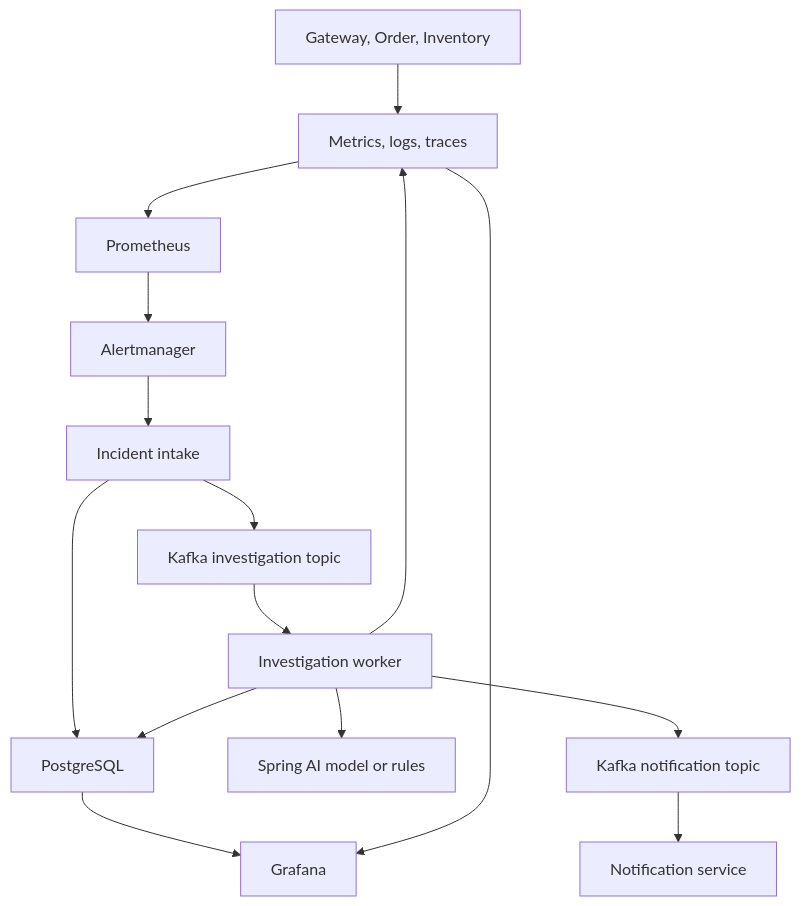
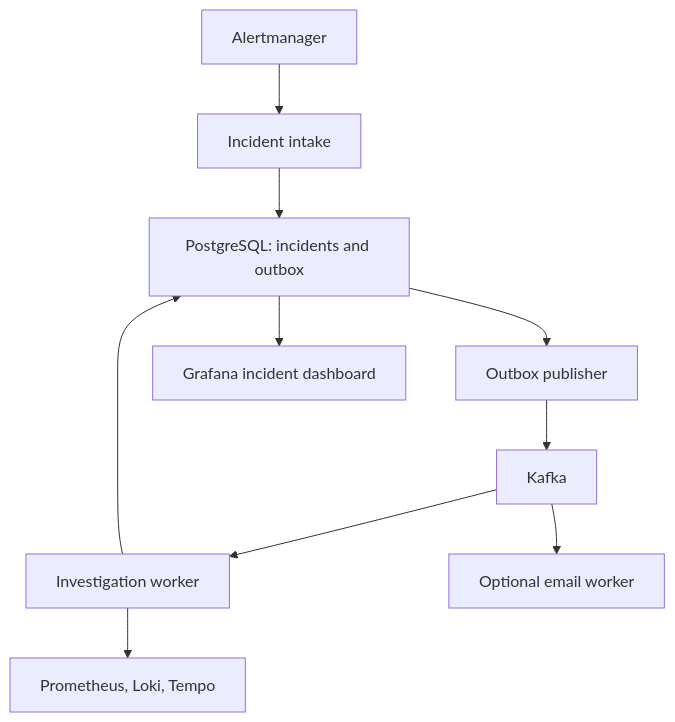
The diagram in README.md (Abhay123abhi/micro-observe-kafka), drawn with Mermaid before and after one commit. The commit also changed other lines of this file and 70 other files, not shown here.

Commit message:
Simplify incident reporting and remove model integration

````diff
--- a/README.md
+++ b/README.md
@@ -33,17 +24,12 @@
 ```mermaid
 flowchart TD
-    Workload["Gateway, Order, Inventory"] --> Telemetry["Metrics, logs, traces"]
-    Telemetry --> Prometheus
-    Prometheus --> Alertmanager
-    Alertmanager --> Intake["Incident intake"]
-    Intake --> Database["PostgreSQL"]
-    Intake --> Kafka["Kafka investigation topic"]
+    Alerts["Alertmanager"] --> Intake["Incident intake"]
+    Intake --> DB["PostgreSQL: incidents and outbox"]
+    DB --> Publisher["Outbox publisher"]
+    Publisher --> Kafka["Kafka"]
     Kafka --> Worker["Investigation worker"]
-    Worker --> Telemetry
-    Worker --> Model["Spring AI model or rules"]
-    Worker --> Database
-    Worker --> Notify["Kafka notification topic"]
-    Notify --> Email["Notification service"]
-    Database --> Grafana
-    Telemetry --> Grafana
+    Worker --> Sources["Prometheus, Loki, Tempo"]
+    Worker --> DB
+    Kafka --> Email["Optional email worker"]
+    DB --> Grafana["Grafana incident dashboard"]
 ```
````
